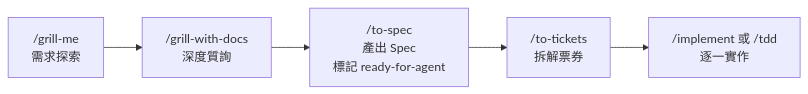
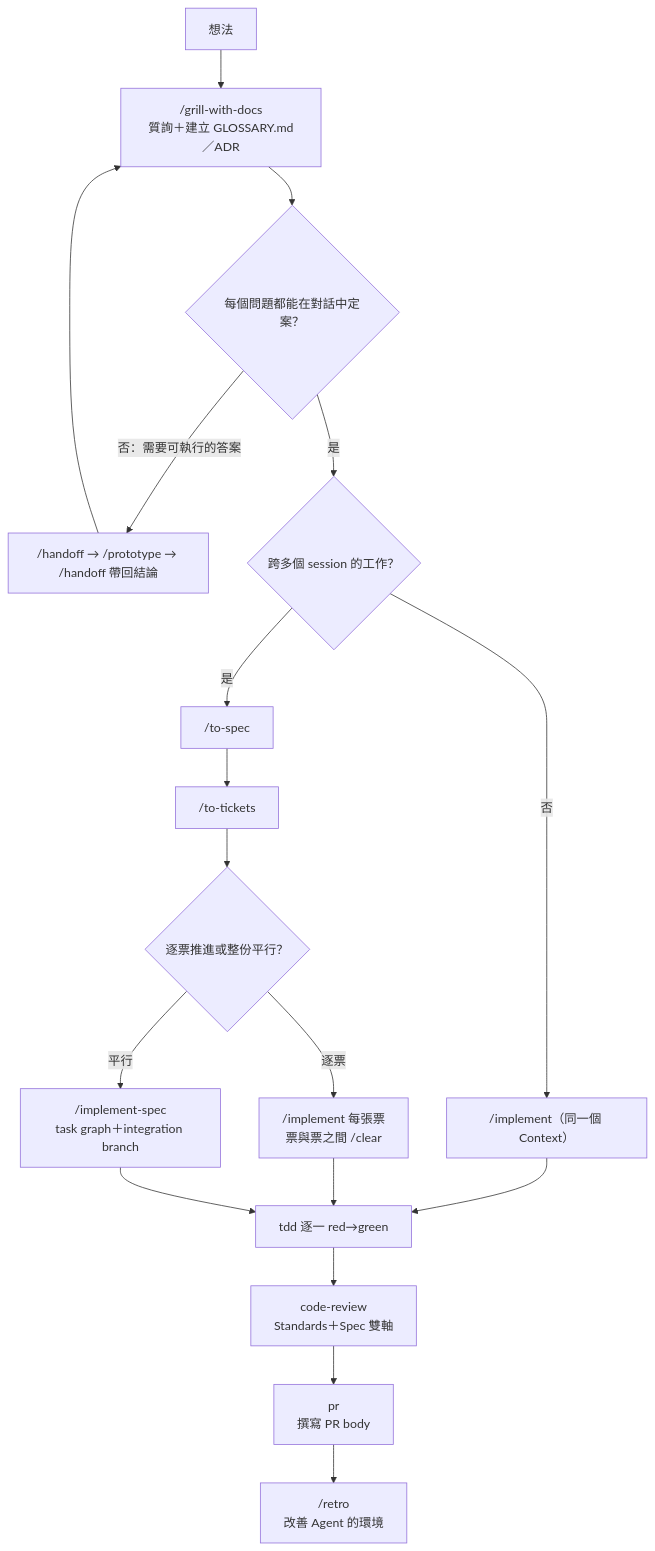
The fifth of 14 diagrams in content/posts/教學/AI開發/mattpocock skills 教學手冊.md (chihhung/Blog), drawn with Mermaid before and after one commit. The commit also changed other lines of this file and 1 other file, not shown here.

````diff
--- a/content/posts/教學/AI開發/mattpocock skills 教學手冊.md
+++ b/content/posts/教學/AI開發/mattpocock skills 教學手冊.md
@@ -1424,7 +1097,20 @@
 ```mermaid
-flowchart LR
-    A["/grill-me<br/>需求探索"] --> B["/grill-with-docs<br/>深度質詢"]
-    B --> C["/to-spec<br/>產出 Spec<br/>標記 ready-for-agent"]
-    C --> D["/to-tickets<br/>拆解票券"]
-    D --> E["/implement 或 /tdd<br/>逐一實作"]
+flowchart TD
+    I["想法"] --> G["/grill-with-docs<br/>質詢＋建立 GLOSSARY.md／ADR"]
+    G --> Q{"每個問題都能在對話中定案？"}
+    Q -->|"否：需要可執行的答案"| P["/handoff → /prototype → /handoff 帶回結論"]
+    P --> G
+    Q -->|"是"| M{"跨多個 session 的工作？"}
+    M -->|"否"| IM["/implement（同一個 Context）"]
+    M -->|"是"| S["/to-spec"]
+    S --> T["/to-tickets"]
+    T --> W{"逐票推進或整份平行？"}
+    W -->|"逐票"| IM2["/implement 每張票<br/>票與票之間 /clear"]
+    W -->|"平行"| IS["/implement-spec<br/>task graph＋integration branch"]
+    IM --> TD["tdd 逐一 red→green"]
+    IM2 --> TD
+    IS --> TD
+    TD --> CR["code-review<br/>Standards＋Spec 雙軸"]
+    CR --> PR["pr<br/>撰寫 PR body"]
+    PR --> R["/retro<br/>改善 Agent 的環境"]
 ```
````
